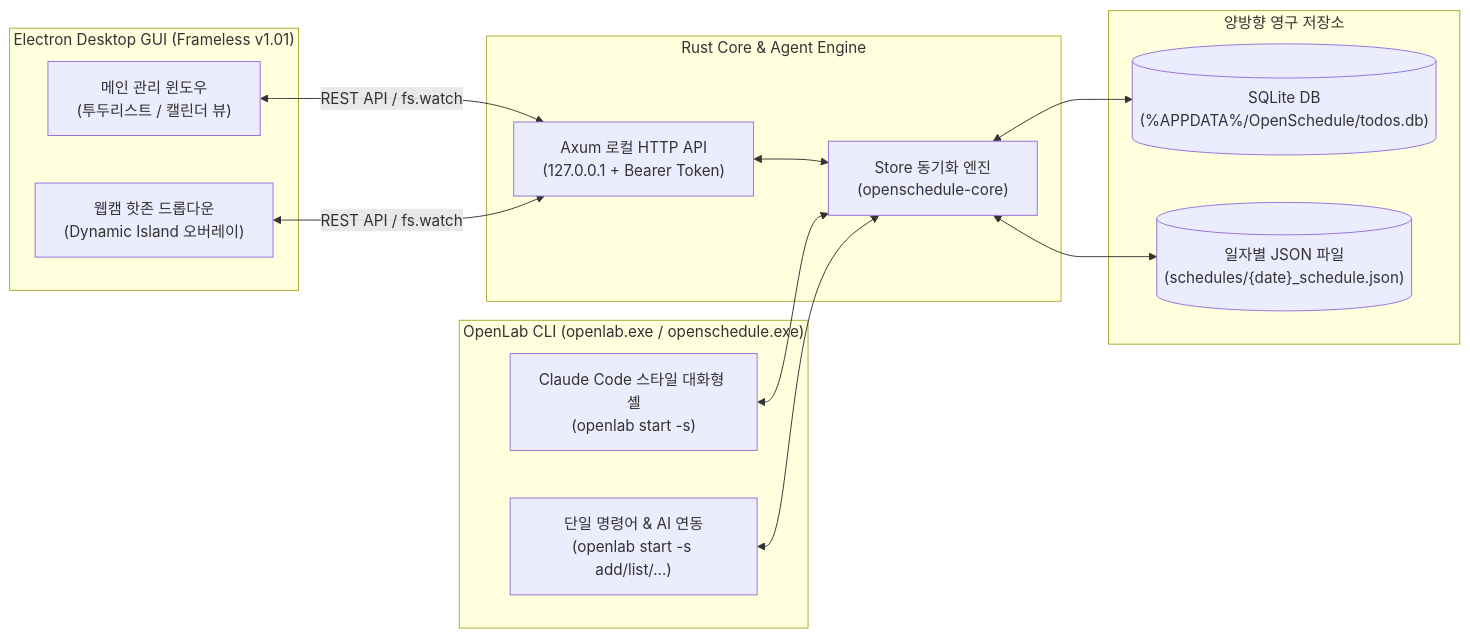
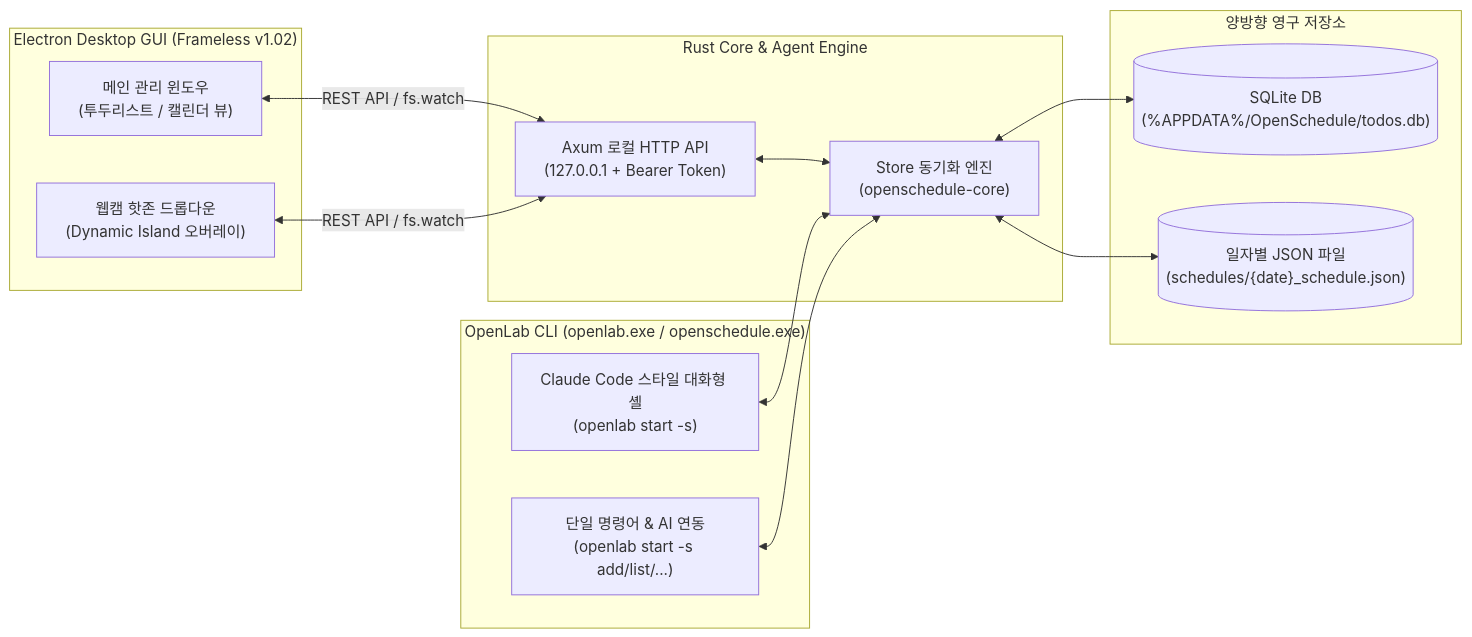
Before and after one commit to ksh6940/Open-Schdule: the diagram in README.md, drawn with Mermaid. The commit also changed other lines of this file and 13 other files, not shown here.

````diff
--- a/README.md
+++ b/README.md
@@ -50,30 +52,30 @@
 ```mermaid
 flowchart LR
-    subgraph Frontend["Electron Desktop GUI (Frameless v1.01)"]
+    subgraph Frontend["Electron Desktop GUI (Frameless v1.02)"]
         MainWin["메인 관리 윈도우\n(투두리스트 / 캘린더 뷰)"]
         OverlayWin["웹캠 핫존 드롭다운\n(Dynamic Island 오버레이)"]
     end
 
     subgraph CLI["OpenLab CLI (openlab.exe / openschedule.exe)"]
         InteractiveCLI["Claude Code 스타일 대화형 셸\n(openlab start -s)"]
         OneShotCLI["단일 명령어 & AI 연동\n(openlab start -s add/list/...)"]
     end
 
     subgraph Backend["Rust Core & Agent Engine"]
         AxumAPI["Axum 로컬 HTTP API\n(127.0.0.1 + Bearer Token)"]
         StoreEngine["Store 동기화 엔진\n(openschedule-core)"]
     end
 
     subgraph Storage["양방향 영구 저장소"]
         SQLite[("SQLite DB\n(%APPDATA%/OpenSchedule/todos.db)")]
         DateJSON[("일자별 JSON 파일\n(schedules/{date}_schedule.json)")]
     end
 
     MainWin <-->|"REST API / fs.watch"| AxumAPI
     OverlayWin <-->|"REST API / fs.watch"| AxumAPI
     AxumAPI <--> StoreEngine
     InteractiveCLI <--> StoreEngine
     OneShotCLI <--> StoreEngine
     StoreEngine <--> SQLite
     StoreEngine <--> DateJSON
 ```
````
